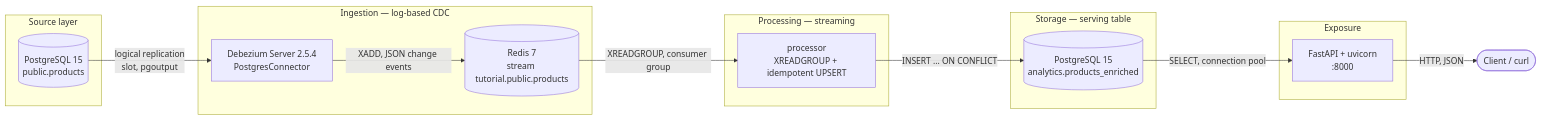
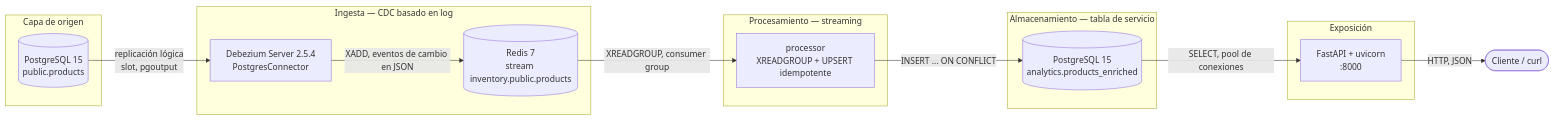
Before and after one commit to Oppen-OC/cdc-pipeline: the diagram in docs/architecture.md, drawn with Mermaid. The commit also changed other lines of this file and 13 other files, not shown here.

````diff
--- a/docs/architecture.md
+++ b/docs/architecture.md
@@ -10,32 +10,32 @@
 ```mermaid
 flowchart LR
-    subgraph source["Source layer"]
+    subgraph source["Capa de origen"]
         PG[("PostgreSQL 15<br/>public.products")]
     end
 
-    subgraph ingest["Ingestion — log-based CDC"]
+    subgraph ingest["Ingesta — CDC basado en log"]
         DBZ["Debezium Server 2.5.4<br/>PostgresConnector"]
-        RDS[("Redis 7<br/>stream tutorial.public.products")]
+        RDS[("Redis 7<br/>stream inventory.public.products")]
     end
 
-    subgraph process["Processing — streaming"]
-        PROC["processor<br/>XREADGROUP + idempotent UPSERT"]
+    subgraph process["Procesamiento — streaming"]
+        PROC["processor<br/>XREADGROUP + UPSERT idempotente"]
     end
 
-    subgraph storage["Storage — serving table"]
+    subgraph storage["Almacenamiento — tabla de servicio"]
         ANA[("PostgreSQL 15<br/>analytics.products_enriched")]
     end
 
-    subgraph serve["Exposure"]
+    subgraph serve["Exposición"]
         API["FastAPI + uvicorn<br/>:8000"]
     end
 
-    CLIENT(["Client / curl"])
+    CLIENT(["Cliente / curl"])
 
-    PG -->|"logical replication<br/>slot, pgoutput"| DBZ
-    DBZ -->|"XADD, JSON change events"| RDS
+    PG -->|"replicación lógica<br/>slot, pgoutput"| DBZ
+    DBZ -->|"XADD, eventos de cambio en JSON"| RDS
     RDS -->|"XREADGROUP, consumer group"| PROC
     PROC -->|"INSERT ... ON CONFLICT"| ANA
-    ANA -->|"SELECT, connection pool"| API
+    ANA -->|"SELECT, pool de conexiones"| API
     API -->|"HTTP, JSON"| CLIENT
 ```
````
